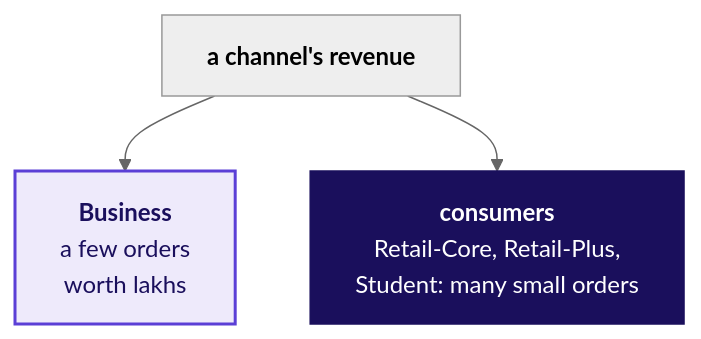
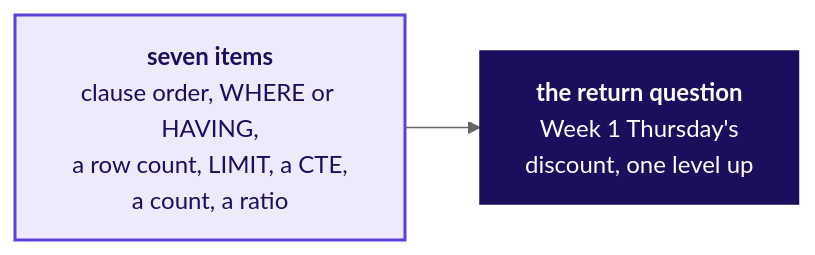
Before and after one commit to fde-academy-lab/c2-content-factory: the seventh of 8 diagrams in content/W02/D1/slides/C2_W02_D01_half2_STUDENT.md, drawn with Mermaid (neutral theme). The commit also changed other lines of this file and 5 other files, not shown here.

````diff
--- a/content/W02/D1/slides/C2_W02_D01_half2_STUDENT.md
+++ b/content/W02/D1/slides/C2_W02_D01_half2_STUDENT.md
@@ -533,9 +575,8 @@
 ```mermaid
-flowchart TB
-    T["<b>a channel's revenue</b>"] --> B["<b>Business</b><br/>a few orders<br/>worth lakhs"]
-    T --> C["<b>consumers</b><br/>Retail-Core, Retail-Plus,<br/>Student: many small orders"]
+flowchart LR
+    Q["<b>seven items</b><br/>clause order, WHERE or HAVING,<br/>a row count, LIMIT, a CTE,<br/>a count, a ratio"] --> R["<b>the return question</b><br/>Week 1 Thursday's<br/>discount, one level up"]
     classDef known fill:#EEEAFB,stroke:#5B3FD6,color:#1A0F5C,stroke-width:2px
     classDef bet fill:#1A0F5C,stroke:#1A0F5C,color:#FFFFFF
-    class B known
-    class C bet
+    class Q known
+    class R bet
 ```
````
